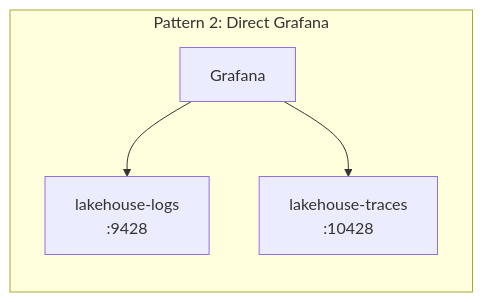
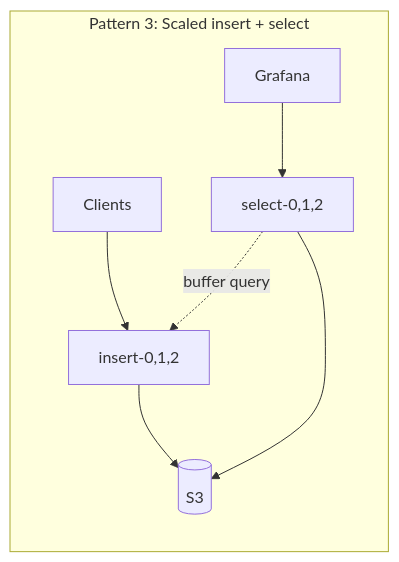
One commit to ReliablyObserve/victoria-lakehouse changed the sixth of 7 diagrams in README.md. Above: the diagram before and after it, drawn with Mermaid. The commit also changed other lines of this file and 5 other files, not shown here.

````diff
--- a/README.md
+++ b/README.md
@@ -171,7 +197,10 @@
 ```mermaid
 graph LR
-    subgraph "Pattern 2: Direct Grafana"
-        G2["Grafana"] --> LH2L["lakehouse-logs<br/>:9428"]
-        G2 --> LH2T["lakehouse-traces<br/>:10428"]
+    subgraph "Pattern 3: Scaled insert + select"
+        C3["Clients"] --> LHI3["insert-0,1,2"]
+        LHI3 --> S3[("S3")]
+        G3["Grafana"] --> LHS3["select-0,1,2"]
+        LHS3 --> S3
+        LHS3 -.->|buffer query| LHI3
     end
 ```
````
